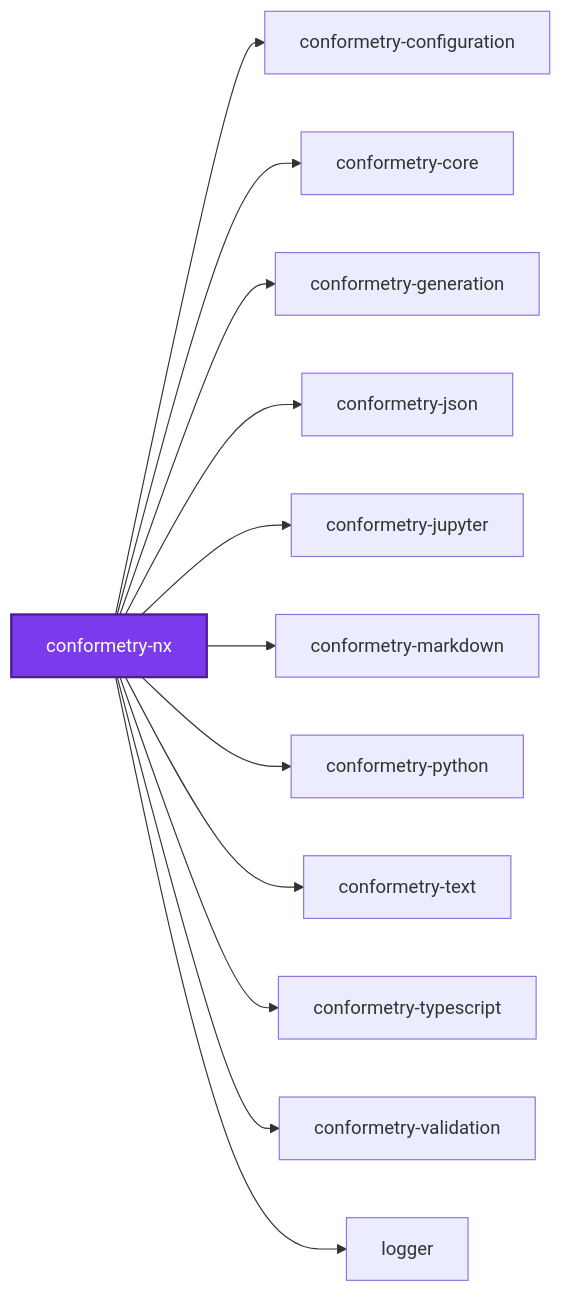
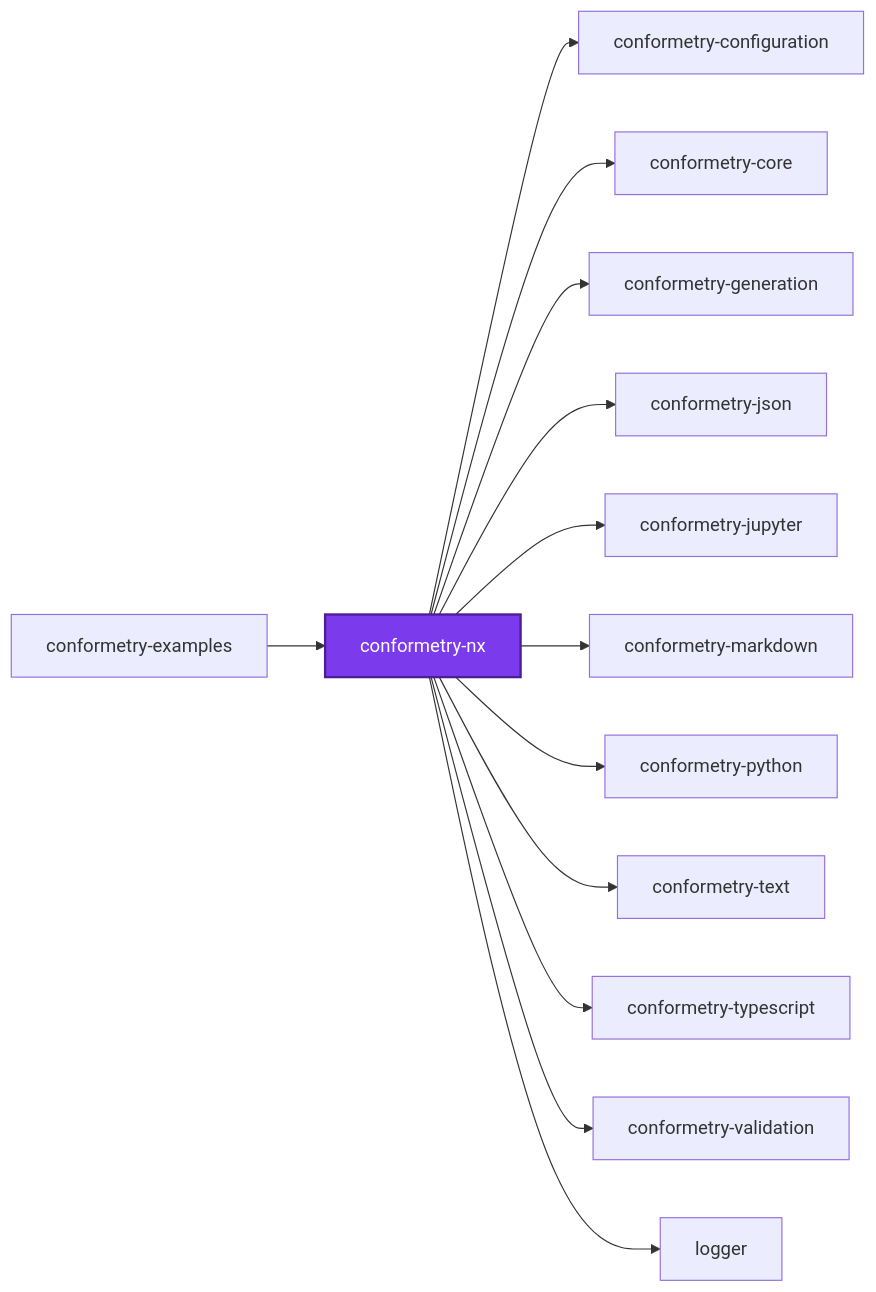
One commit to JimmyPaolini/codebase changed the first of 3 diagrams in packages/conformetry-nx/README.md. Above: the diagram before and after it, drawn with Mermaid. The commit also changed 25 other files, not shown here.

````diff
--- a/packages/conformetry-nx/README.md
+++ b/packages/conformetry-nx/README.md
@@ -389,28 +389,30 @@
 ```mermaid
 graph LR
   conformetry_configuration["conformetry-configuration"]
   conformetry_core["conformetry-core"]
+  conformetry_examples["conformetry-examples"]
   conformetry_generation["conformetry-generation"]
   conformetry_json["conformetry-json"]
   conformetry_jupyter["conformetry-jupyter"]
   conformetry_markdown["conformetry-markdown"]
   conformetry_nx["conformetry-nx"]
   conformetry_python["conformetry-python"]
   conformetry_text["conformetry-text"]
   conformetry_typescript["conformetry-typescript"]
   conformetry_validation["conformetry-validation"]
   logger["logger"]
+  conformetry_examples --> conformetry_nx
   conformetry_nx --> conformetry_configuration
   conformetry_nx --> conformetry_core
   conformetry_nx --> conformetry_generation
   conformetry_nx --> conformetry_json
   conformetry_nx --> conformetry_jupyter
   conformetry_nx --> conformetry_markdown
   conformetry_nx --> conformetry_python
   conformetry_nx --> conformetry_text
   conformetry_nx --> conformetry_typescript
   conformetry_nx --> conformetry_validation
   conformetry_nx --> logger
   classDef subject fill:#7c3aed,color:#fff,stroke:#4c1d95,stroke-width:2px
   class conformetry_nx subject
 ```
````
